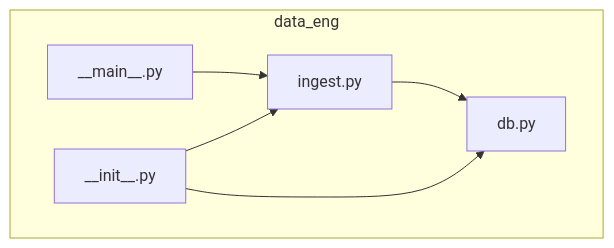
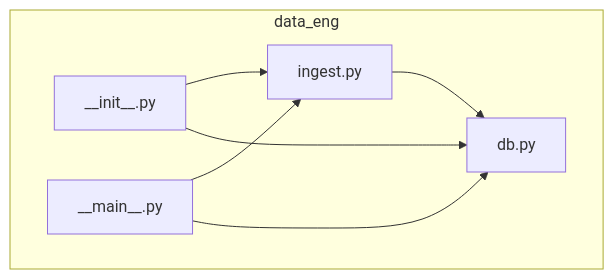
The first of 6 diagrams in .qoder/repowiki/en/content/Core Components/Data Engineering Module.md (ZengSeng/telegram-bot), drawn with Mermaid before and after one commit. The commit also changed other lines of this file and 9 other files, not shown here.

````diff
--- a/.qoder/repowiki/en/content/Core Components/Data Engineering Module.md
+++ b/.qoder/repowiki/en/content/Core Components/Data Engineering Module.md
@@ -40,13 +44,14 @@
 ```mermaid
 graph TB
 subgraph "data_eng"
 A["__init__.py"]
 B["__main__.py"]
 C["db.py"]
 D["ingest.py"]
 end
 B --> D
 D --> C
 A --> D
 A --> C
+B --> C
 ```
````
